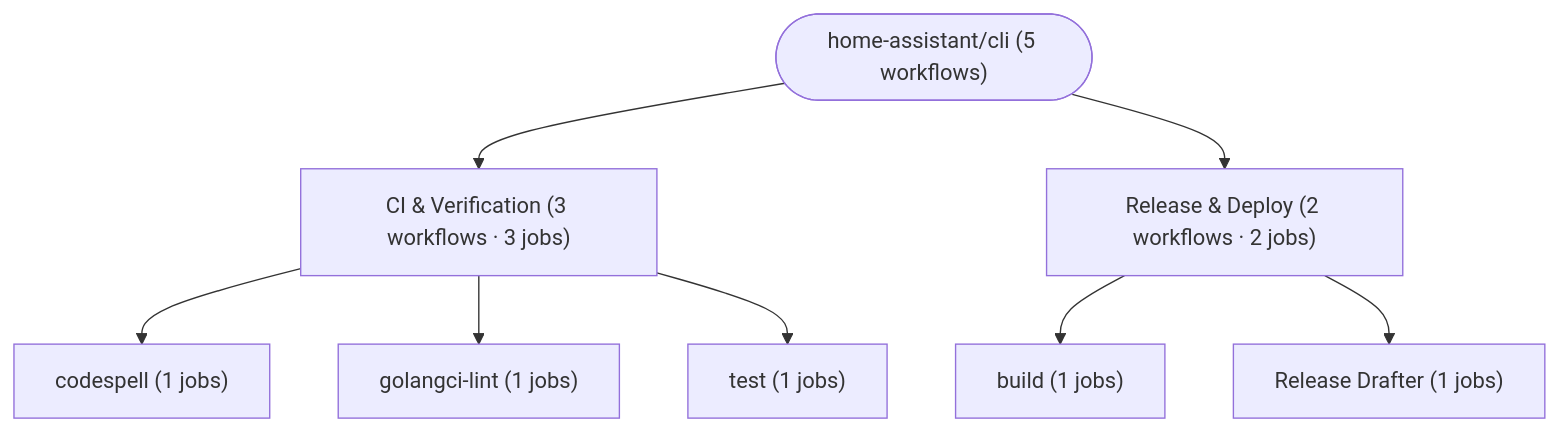
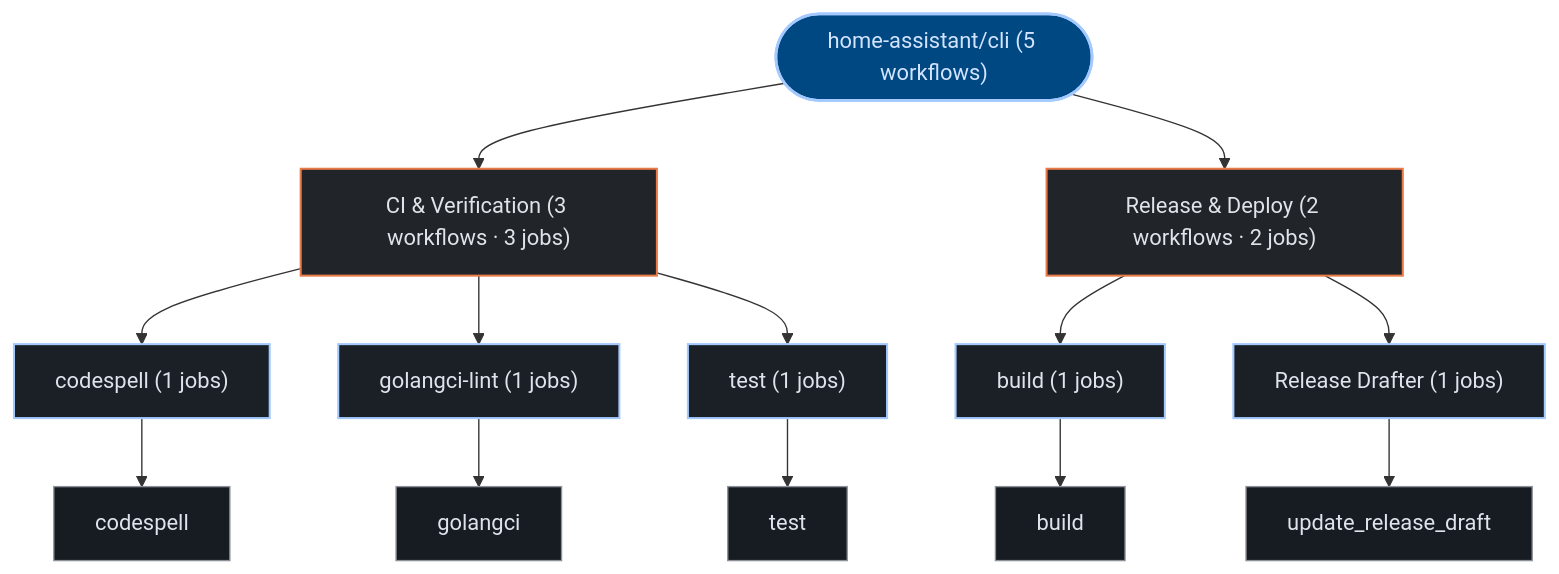
Before and after one commit to kumarshaz/atruss-code-atlas: the third of 3 diagrams in exports/latest/reports/home-assistant-cli-report.md, drawn with Mermaid. The commit also changed other lines of this file and 331 other files, not shown here.

Commit message:
docs,ui,fix: update SDLC docs, reorder CI/CD DAG first, stylize Mermaid, and fix Arc42 pipeline topology

````diff
--- a/exports/latest/reports/home-assistant-cli-report.md
+++ b/exports/latest/reports/home-assistant-cli-report.md
@@ -185,18 +196,35 @@
 ```mermaid
 graph TD;
-  pipeline_root(["home-assistant/cli (5 workflows)"])
-  grp_0_CI___Verification["CI & Verification (3 workflows · 3 jobs)"]
+  classDef atlasRoot fill:#004882,stroke:#a3c9ff,stroke-width:2px,color:#d3e4ff
+  classDef atlasCategory fill:#212428,stroke:#E87A48,stroke-width:1.5px,color:#dfe3eb
+  classDef atlasWorkflow fill:#1b2026,stroke:#a3c9ff,stroke-width:1.5px,color:#dfe3eb
+  classDef atlasJob fill:#171c22,stroke:#8d9199,stroke-width:1px,color:#dfe3eb
+  classDef atlasTarget fill:#005227,stroke:#8bd99b,stroke-width:1.5px,color:#a7f6b6
+  classDef atlasAlert fill:#93000a,stroke:#ffb4ab,stroke-width:1.5px,color:#ffdad6
+  classDef atlasMore fill:#252a31,stroke:#8d9199,stroke-dasharray:4 4,color:#c3c6cf
+  pipeline_root(["home-assistant/cli (5 workflows)"]):::atlasRoot
+  grp_0_CI___Verification["CI & Verification (3 workflows · 3 jobs)"]:::atlasCategory
   pipeline_root --> grp_0_CI___Verification
-  wf_1_codespell["codespell (1 jobs)"]
+  wf_1_codespell["codespell (1 jobs)"]:::atlasWorkflow
   grp_0_CI___Verification --> wf_1_codespell
-  wf_2_golangci_lint["golangci-lint (1 jobs)"]
+  job_1_codespell["codespell"]:::atlasJob
+  wf_1_codespell --> job_1_codespell
+  wf_2_golangci_lint["golangci-lint (1 jobs)"]:::atlasWorkflow
   grp_0_CI___Verification --> wf_2_golangci_lint
-  wf_4_test["test (1 jobs)"]
+  job_2_golangci["golangci"]:::atlasJob
+  wf_2_golangci_lint --> job_2_golangci
+  wf_4_test["test (1 jobs)"]:::atlasWorkflow
   grp_0_CI___Verification --> wf_4_test
-  grp_1_Release___Deploy["Release & Deploy (2 workflows · 2 jobs)"]
+  job_4_test["test"]:::atlasJob
+  wf_4_test --> job_4_test
+  grp_1_Release___Deploy["Release & Deploy (2 workflows · 2 jobs)"]:::atlasCategory
   pipeline_root --> grp_1_Release___Deploy
-  wf_0_build["build (1 jobs)"]
+  wf_0_build["build (1 jobs)"]:::atlasWorkflow
   grp_1_Release___Deploy --> wf_0_build
-  wf_3_Release_Drafter["Release Drafter (1 jobs)"]
+  job_0_build["build"]:::atlasJob
+  wf_0_build --> job_0_build
+  wf_3_Release_Drafter["Release Drafter (1 jobs)"]:::atlasWorkflow
   grp_1_Release___Deploy --> wf_3_Release_Drafter
+  job_3_update_release_draft["update_release_draft"]:::atlasJob
+  wf_3_Release_Drafter --> job_3_update_release_draft
 ```
````
